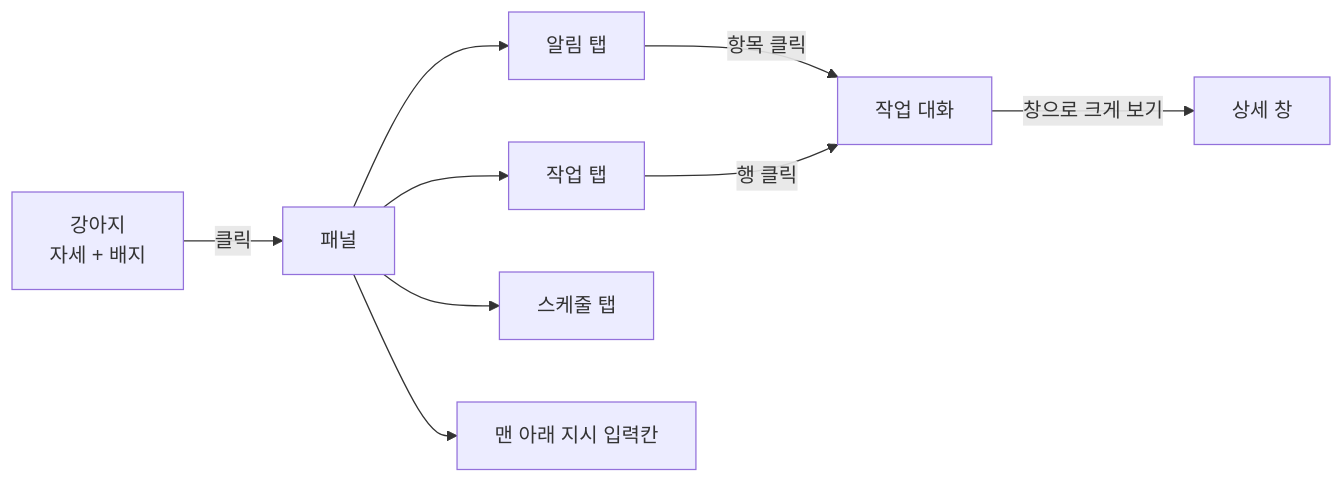
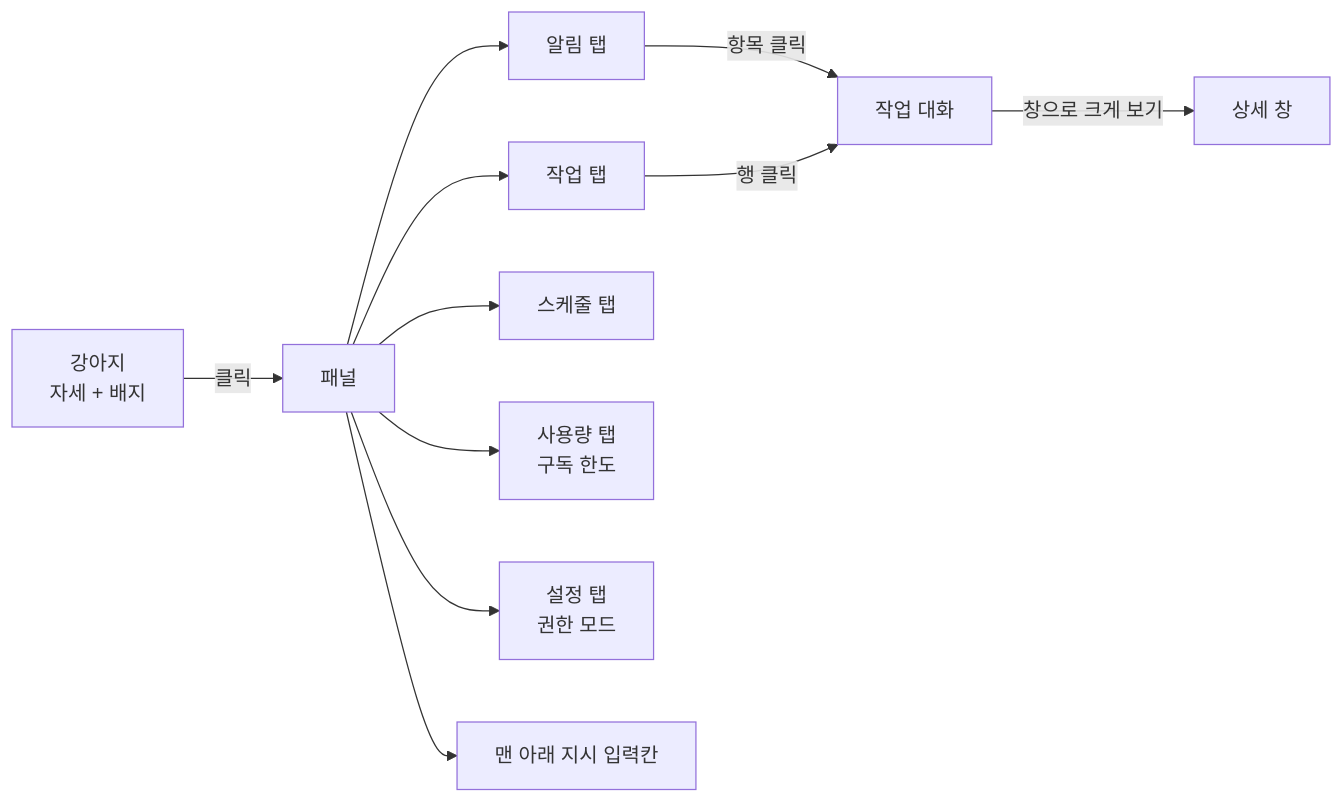
Before and after one commit to HEOSEONGILml/AssistantChatBot: the diagram in docs/design/2026-10-21-output-ui/README.md, drawn with Mermaid. The commit also changed other lines of this file and 11 other files, not shown here.

````diff
--- a/docs/design/2026-10-21-output-ui/README.md
+++ b/docs/design/2026-10-21-output-ui/README.md
@@ -12,11 +12,13 @@
 ```mermaid
 flowchart LR
   Dog[강아지<br/>자세 + 배지] -->|클릭| Panel[패널]
   Panel --> Alerts[알림 탭]
   Panel --> Tasks[작업 탭]
   Panel --> Schedules[스케줄 탭]
+  Panel --> Usage[사용량 탭<br/>구독 한도]
+  Panel --> Settings[설정 탭<br/>권한 모드]
   Panel --> Input[맨 아래 지시 입력칸]
   Alerts -->|항목 클릭| Thread[작업 대화]
   Tasks -->|행 클릭| Thread
   Thread -->|창으로 크게 보기| Window[상세 창]
 ```
````
